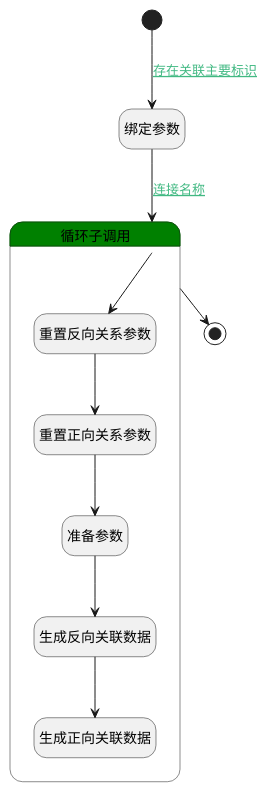
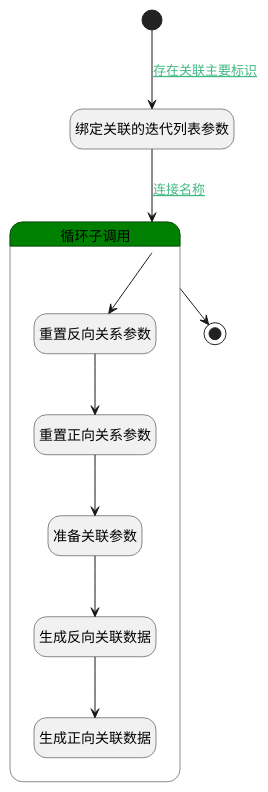
One commit to iBizLab/plm changed the diagram in doc/docsify/module/ProjMgmt/release/logic/release_relation_sprint.md. Above: the diagram before and after it, drawn with PlantUML. The commit also changed other lines of this file and 1778 other files, not shown here.

````diff
--- a/doc/docsify/module/ProjMgmt/release/logic/release_relation_sprint.md
+++ b/doc/docsify/module/ProjMgmt/release/logic/release_relation_sprint.md
@@ -7,34 +7,34 @@
 ```plantuml
 @startuml
 hide empty description
 <style>
 root {
   HyperlinkColor #42b983
 }
 </style>
 
 hide empty description
 state "开始" as Begin <<start>> [[$./release_relation_sprint#begin {"开始"}]]
-state "绑定参数" as BINDPARAM1  [[$./release_relation_sprint#bindparam1 {"绑定参数"}]]
+state "绑定关联的迭代列表参数" as BINDPARAM1  [[$./release_relation_sprint#bindparam1 {"绑定关联的迭代列表参数"}]]
 state "结束" as END1 <<end>> [[$./release_relation_sprint#end1 {"结束"}]]
 state "循环子调用" as LOOPSUBCALL1  [[$./release_relation_sprint#loopsubcall1 {"循环子调用"}]] #green {
 state "重置反向关系参数" as RESETPARAM1  [[$./release_relation_sprint#resetparam1 {"重置反向关系参数"}]]
 state "重置正向关系参数" as RESETPARAM2  [[$./release_relation_sprint#resetparam2 {"重置正向关系参数"}]]
-state "准备参数" as PREPAREPARAM1  [[$./release_relation_sprint#prepareparam1 {"准备参数"}]]
+state "准备关联参数" as PREPAREPARAM1  [[$./release_relation_sprint#prepareparam1 {"准备关联参数"}]]
 state "生成反向关联数据" as DEACTION1  [[$./release_relation_sprint#deaction1 {"生成反向关联数据"}]]
 state "生成正向关联数据" as DEACTION2  [[$./release_relation_sprint#deaction2 {"生成正向关联数据"}]]
 }
 
 
 Begin --> BINDPARAM1 : [[$./release_relation_sprint#begin-bindparam1{存在关联主要标识} 存在关联主要标识]]
 BINDPARAM1 --> LOOPSUBCALL1 : [[$./release_relation_sprint#bindparam1-loopsubcall1{连接名称} 连接名称]]
 LOOPSUBCALL1 --> RESETPARAM1
 RESETPARAM1 --> RESETPARAM2
 RESETPARAM2 --> PREPAREPARAM1
 PREPAREPARAM1 --> DEACTION1
 DEACTION1 --> DEACTION2
 LOOPSUBCALL1 --> END1
 
 
 @enduml
 ```
````
